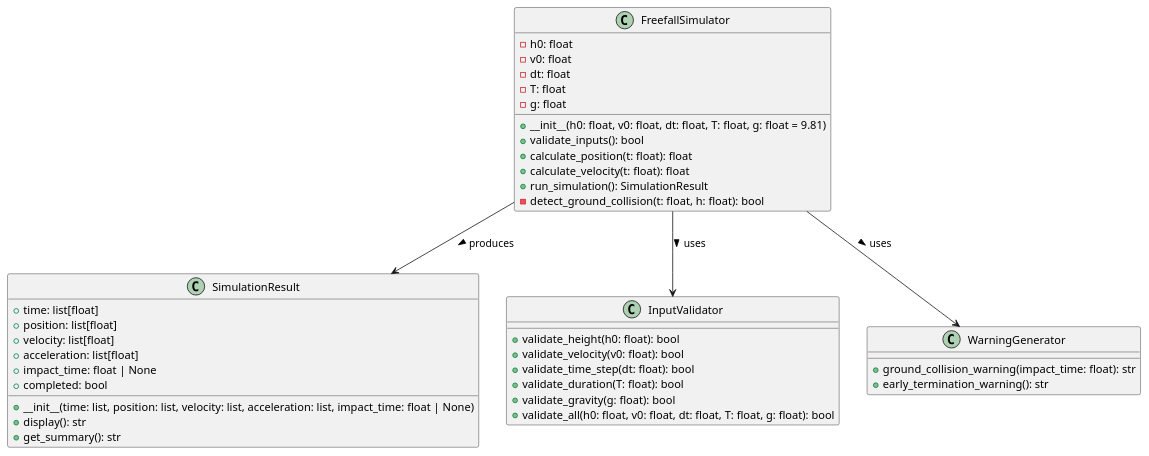
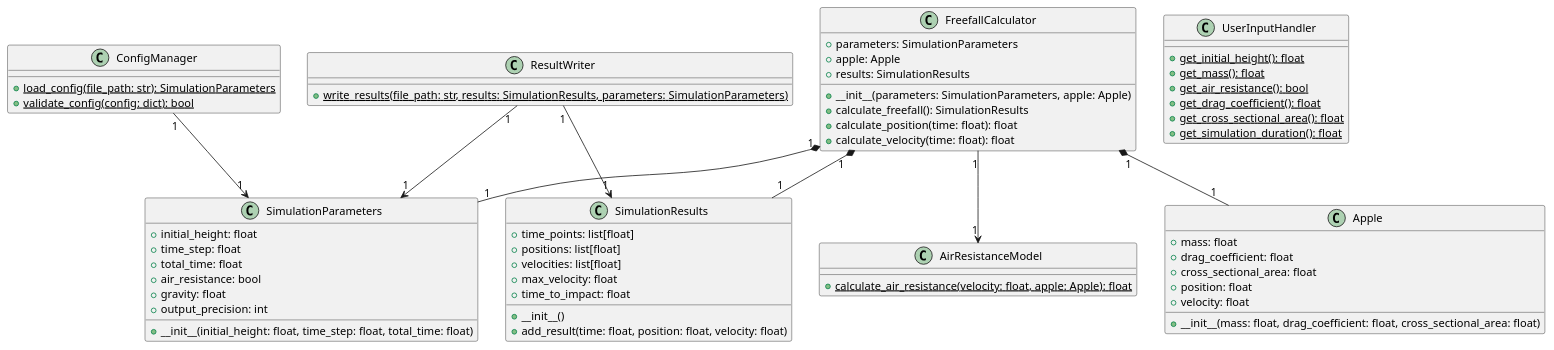
One commit to Mandelbroetchen/iterative-synthesis-loop changed the diagram in example/prompt-final/class-diagram.puml. Above: the diagram before and after it, drawn with PlantUML. The commit also changed 48 other files, not shown here.

```diff
--- a/example/prompt-final/class-diagram.puml
+++ b/example/prompt-final/class-diagram.puml
@@ -1,47 +1,72 @@
 @startuml class-diagram
 
-class FreefallSimulator {
-  -h0: float
-  -v0: float
-  -dt: float
-  -T: float
-  -g: float
-  +__init__(h0: float, v0: float, dt: float, T: float, g: float = 9.81)
-  +validate_inputs(): bool
-  +calculate_position(t: float): float
-  +calculate_velocity(t: float): float
-  +run_simulation(): SimulationResult
-  -detect_ground_collision(t: float, h: float): bool
+class Apple {
+  +mass: float
+  +drag_coefficient: float
+  +cross_sectional_area: float
+  +position: float
+  +velocity: float
+  +__init__(mass: float, drag_coefficient: float, cross_sectional_area: float)
 }
 
-class SimulationResult {
-  +time: list[float]
-  +position: list[float]
-  +velocity: list[float]
-  +acceleration: list[float]
-  +impact_time: float | None
-  +completed: bool
-  +__init__(time: list, position: list, velocity: list, acceleration: list, impact_time: float | None)
-  +display(): str
-  +get_summary(): str
+class SimulationParameters {
+  +initial_height: float
+  +time_step: float
+  +total_time: float
+  +air_resistance: bool
+  +gravity: float
+  +output_precision: int
+  +__init__(initial_height: float, time_step: float, total_time: float)
 }
 
-class InputValidator {
-  +validate_height(h0: float): bool
-  +validate_velocity(v0: float): bool
-  +validate_time_step(dt: float): bool
-  +validate_duration(T: float): bool
-  +validate_gravity(g: float): bool
-  +validate_all(h0: float, v0: float, dt: float, T: float, g: float): bool
+class FreefallCalculator {
+  +parameters: SimulationParameters
+  +apple: Apple
+  +results: SimulationResults
+  +__init__(parameters: SimulationParameters, apple: Apple)
+  +calculate_freefall(): SimulationResults
+  +calculate_position(time: float): float
+  +calculate_velocity(time: float): float
 }
 
-class WarningGenerator {
-  +ground_collision_warning(impact_time: float): str
-  +early_termination_warning(): str
+class AirResistanceModel {
+  +{static} calculate_air_resistance(velocity: float, apple: Apple): float
 }
 
-FreefallSimulator --> SimulationResult : produces >
-FreefallSimulator --> InputValidator : uses >
-FreefallSimulator --> WarningGenerator : uses >
+class SimulationResults {
+  +time_points: list[float]
+  +positions: list[float]
+  +velocities: list[float]
+  +max_velocity: float
+  +time_to_impact: float
+  +__init__()
+  +add_result(time: float, position: float, velocity: float)
+}
+
+class ConfigManager {
+  +{static} load_config(file_path: str): SimulationParameters
+  +{static} validate_config(config: dict): bool
+}
+
+class UserInputHandler {
+  +{static} get_initial_height(): float
+  +{static} get_mass(): float
+  +{static} get_air_resistance(): bool
+  +{static} get_drag_coefficient(): float
+  +{static} get_cross_sectional_area(): float
+  +{static} get_simulation_duration(): float
+}
+
+class ResultWriter {
+  +{static} write_results(file_path: str, results: SimulationResults, parameters: SimulationParameters)
+}
+
+FreefallCalculator "1" *-- "1" SimulationParameters
+FreefallCalculator "1" *-- "1" Apple
+FreefallCalculator "1" *-- "1" SimulationResults
+FreefallCalculator "1" --> "1" AirResistanceModel
+ConfigManager "1" --> "1" SimulationParameters
+ResultWriter "1" --> "1" SimulationResults
+ResultWriter "1" --> "1" SimulationParameters
 
 @enduml
```
